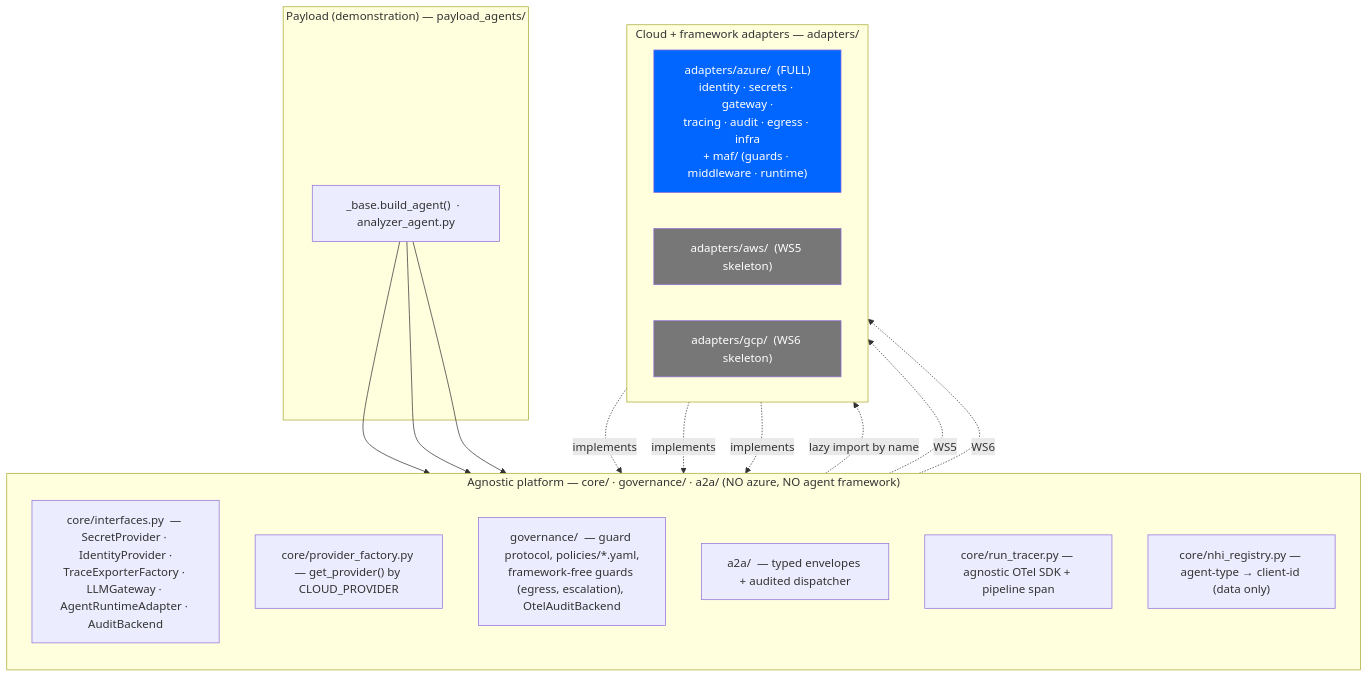
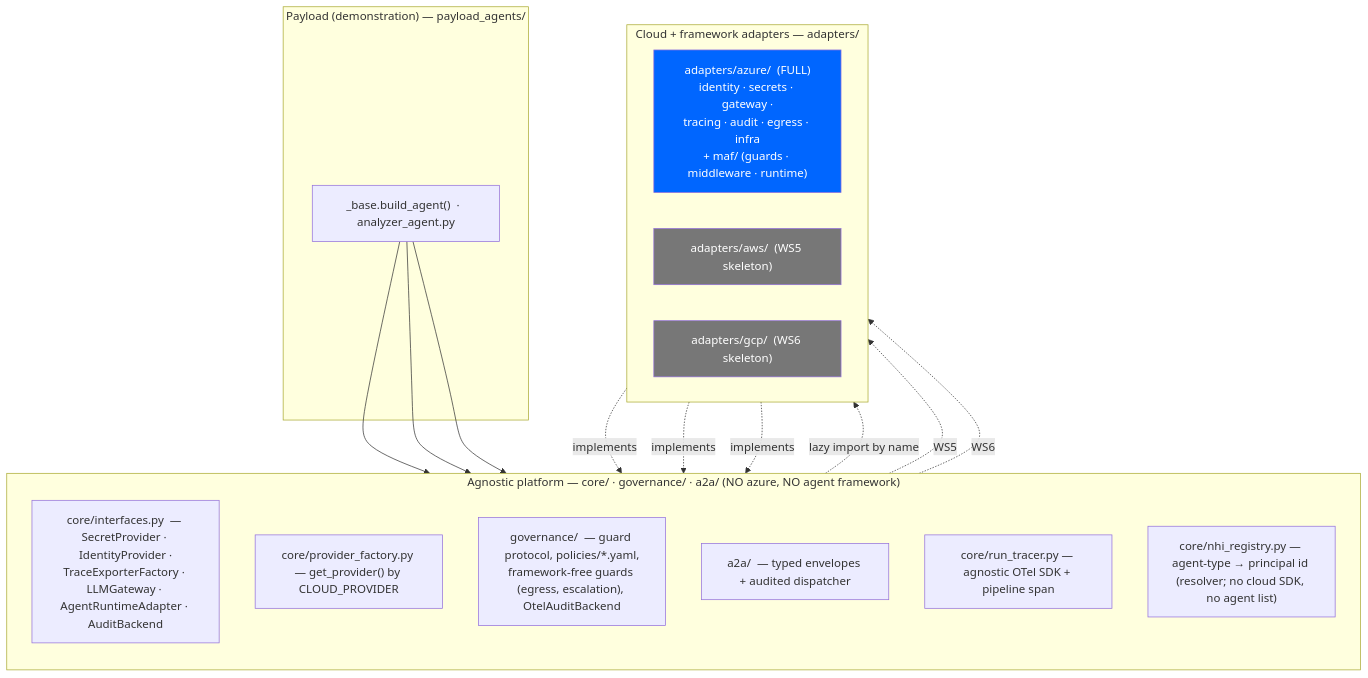
The first of 9 diagrams in docs/architecture.md (rlpatrao/agent-gov-sec), drawn with Mermaid before and after one commit. The commit also changed other lines of this file and 7 other files, not shown here.

First line of the commit message:
refactor(core): generic NHI registry — no hardcoded agents; resolve id via cloud IdentityProvider

````diff
--- a/docs/architecture.md
+++ b/docs/architecture.md
@@ -29,38 +29,38 @@
 ```mermaid
 flowchart TB
   subgraph PAYLOAD["Payload (demonstration) — payload_agents/"]
     Base["_base.build_agent()  ·  analyzer_agent.py"]
   end
 
   subgraph CORE["Agnostic platform — core/ · governance/ · a2a/  (NO azure, NO agent framework)"]
     direction TB
     Seam["core/interfaces.py  — SecretProvider · IdentityProvider ·\nTraceExporterFactory · LLMGateway · AgentRuntimeAdapter · AuditBackend"]
     Factory["core/provider_factory.py — get_provider() by CLOUD_PROVIDER"]
     Gov["governance/  — guard protocol, policies/*.yaml,\nframework-free guards (egress, escalation), OtelAuditBackend"]
     A2A["a2a/  — typed envelopes + audited dispatcher"]
     Tracer["core/run_tracer.py — agnostic OTel SDK + pipeline span"]
-    NHI["core/nhi_registry.py — agent-type → client-id (data only)"]
+    NHI["core/nhi_registry.py — agent-type → principal id (resolver; no cloud SDK, no agent list)"]
   end
 
   subgraph ADAPTERS["Cloud + framework adapters — adapters/"]
     direction LR
     AZ["adapters/azure/  (FULL)\nidentity · secrets · gateway ·\ntracing · audit · egress · infra\n+ maf/ (guards · middleware · runtime)"]
     AWS["adapters/aws/  (WS5 skeleton)"]
     GCP["adapters/gcp/  (WS6 skeleton)"]
   end
 
   Base --> Factory
   Base --> Gov
   Base --> A2A
   Factory -. lazy import by name .-> AZ
   Factory -. WS5 .-> AWS
   Factory -. WS6 .-> GCP
   AZ -.implements.-> Seam
   AWS -.implements.-> Seam
   GCP -.implements.-> Seam
 
   classDef azure fill:#06f,color:#fff
   classDef stub fill:#777,color:#fff
   class AZ azure
   class AWS,GCP stub
 ```
````
